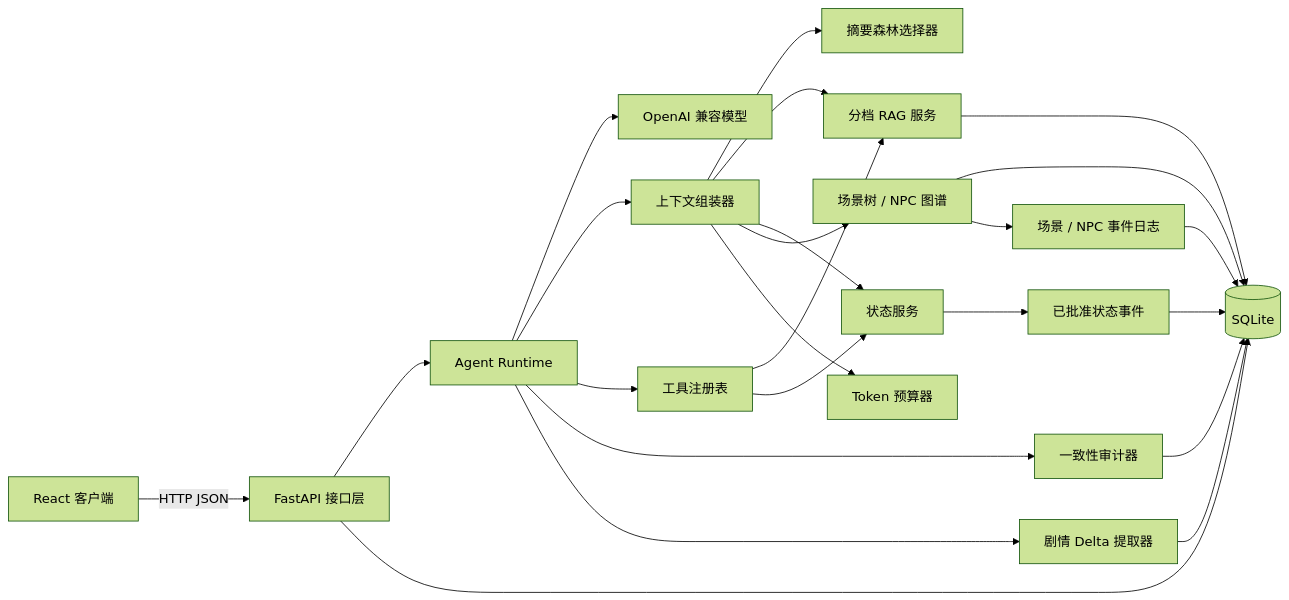
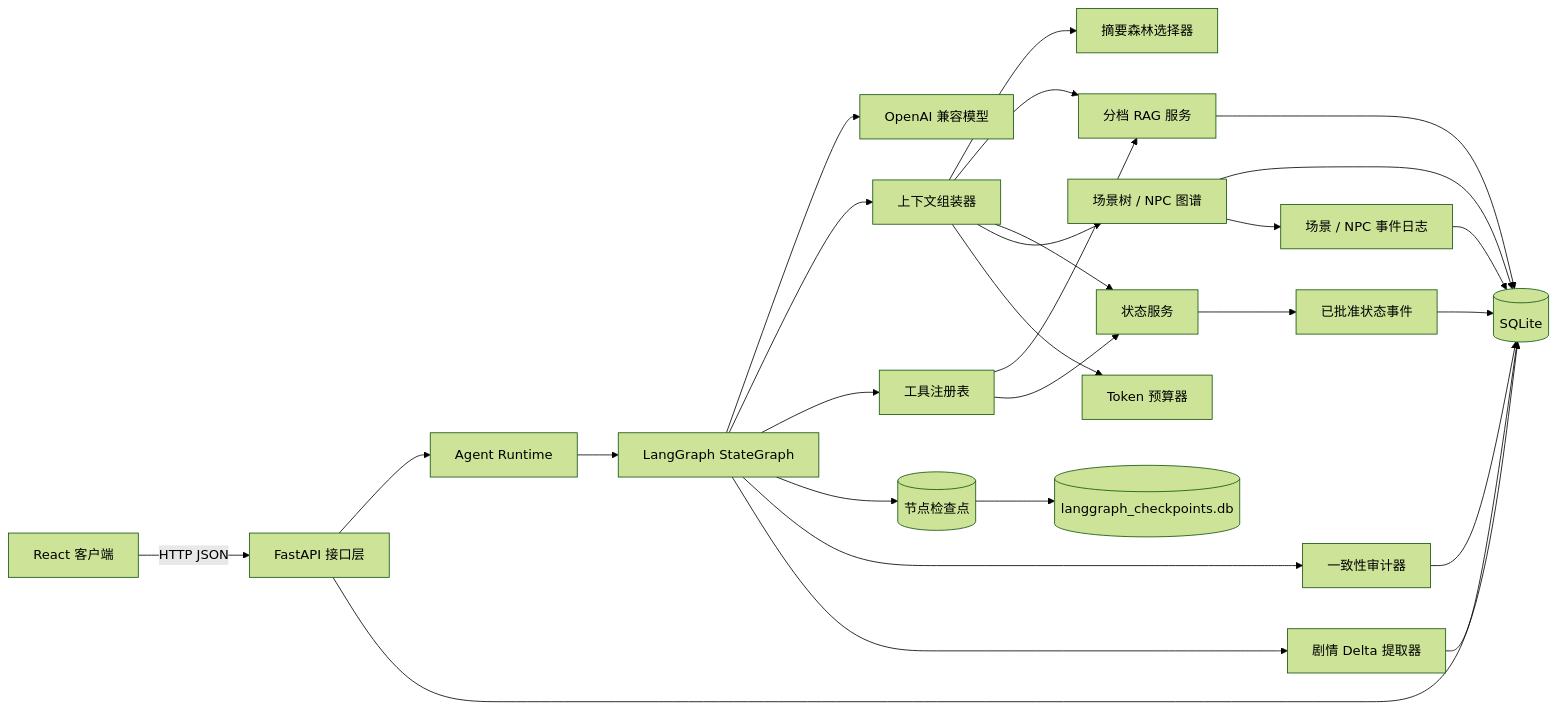
Before and after one commit to maximilian-2778/saraswati-agent: the first of 2 diagrams in docs/ARCHITECTURE.md, drawn with Mermaid (forest theme). The commit also changed other lines of this file and 14 other files, not shown here.

````diff
--- a/docs/ARCHITECTURE.md
+++ b/docs/ARCHITECTURE.md
@@ -5,26 +5,29 @@
 ```mermaid
 flowchart LR
     UI[React 客户端] -->|HTTP JSON| API[FastAPI 接口层]
     API --> RT[Agent Runtime]
-    RT --> LLM[OpenAI 兼容模型]
-    RT --> CTX[上下文组装器]
-    RT --> TOOLS[工具注册表]
+    RT --> LG[LangGraph StateGraph]
+    LG --> LLM[OpenAI 兼容模型]
+    LG --> CTX[上下文组装器]
+    LG --> TOOLS[工具注册表]
+    LG --> CP[(节点检查点)]
     CTX --> FOREST[摘要森林选择器]
     CTX --> MEM[分档 RAG 服务]
     CTX --> STATE[状态服务]
     CTX --> GRAPH[场景树 / NPC 图谱]
     TOOLS --> MEM
     TOOLS --> STATE
-    RT --> AUDIT[一致性审计器]
-    RT --> DELTA[剧情 Delta 提取器]
+    LG --> AUDIT[一致性审计器]
+    LG --> DELTA[剧情 Delta 提取器]
     CTX --> BUDGET[Token 预算器]
     API --> DB[(SQLite)]
     MEM --> DB
     STATE --> EVENTS[已批准状态事件]
     EVENTS --> DB
     AUDIT --> DB
     GRAPH --> DB
     DELTA --> DB
+    CP --> DB2[(langgraph_checkpoints.db)]
     GRAPH --> GEVENTS[场景 / NPC 事件日志]
     GEVENTS --> DB
 ```
````
